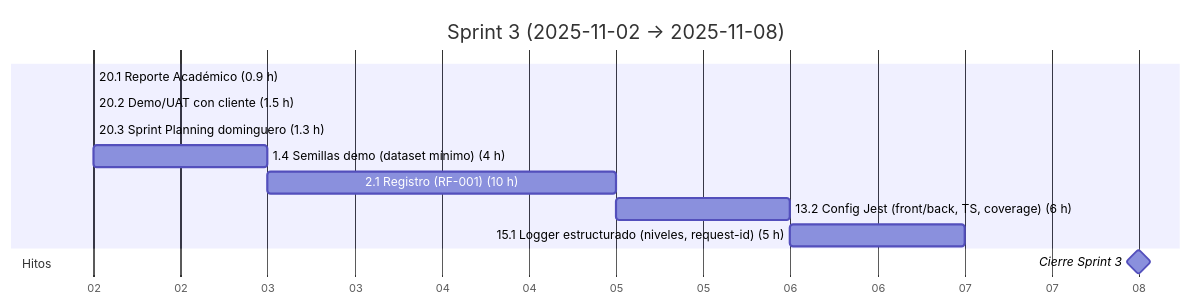
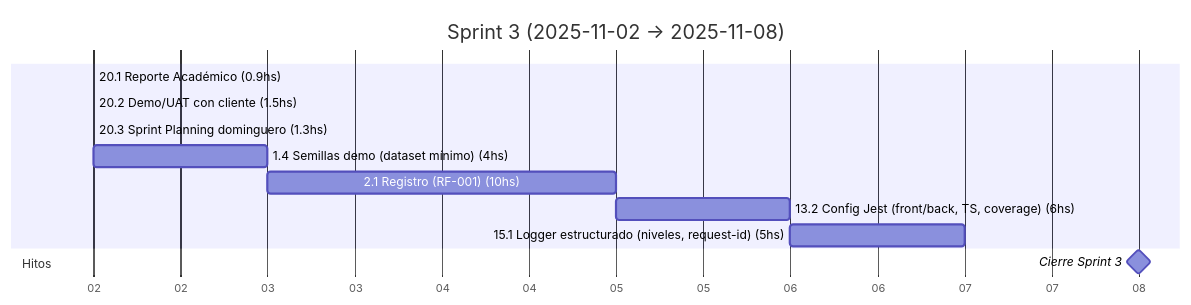
The fourth of 17 diagrams in docs/SprintsGantts.md (MarkMed/FleetMan), drawn with Mermaid before and after one commit. The commit also changed other lines of this file, not shown here.

Commit message:
Update Gantt chart documentation to standardize time format from hours to hours (hs)

````diff
--- a/docs/SprintsGantts.md
+++ b/docs/SprintsGantts.md
@@ -106,19 +105,19 @@
 ```mermaid
 gantt
   title Sprint 3 (2025-11-02 → 2025-11-08)
   dateFormat  YYYY-MM-DD
   axisFormat  %d
 
   %% Asumimos 5 h/día. Horas estimadas incluidas en el nombre.
 
-  20.1 Reporte Académico (0.9 h)               :t201, 2025-11-02, 0.2d
-  20.2 Demo/UAT con cliente (1.5 h)            :t202, after t201, 0.3d
-  20.3 Sprint Planning dominguero (1.3 h)      :t203, after t202, 0.3d
-  1.4 Semillas demo (dataset mínimo) (4 h)     :t14, after t203, 0.8d
-  2.1 Registro (RF-001) (10 h)                 :t21, after t14, 2d
-  13.2 Config Jest (front/back, TS, coverage) (6 h) :t132, after t21, 1.2d
-  15.1 Logger estructurado (niveles, request-id) (5 h) :t151, after t132, 1d
+  20.1 Reporte Académico (0.9hs)               :t201, 2025-11-02, 0.2d
+  20.2 Demo/UAT con cliente (1.5hs)            :t202, after t201, 0.3d
+  20.3 Sprint Planning dominguero (1.3hs)      :t203, after t202, 0.3d
+  1.4 Semillas demo (dataset mínimo) (4hs)     :t14, after t203, 0.8d
+  2.1 Registro (RF-001) (10hs)                 :t21, after t14, 2d
+  13.2 Config Jest (front/back, TS, coverage) (6hs) :t132, after t21, 1.2d
+  15.1 Logger estructurado (niveles, request-id) (5hs) :t151, after t132, 1d
 
   section Hitos
   Cierre Sprint 3                              :milestone, s3, 2025-11-08, 0d
 ```
````
